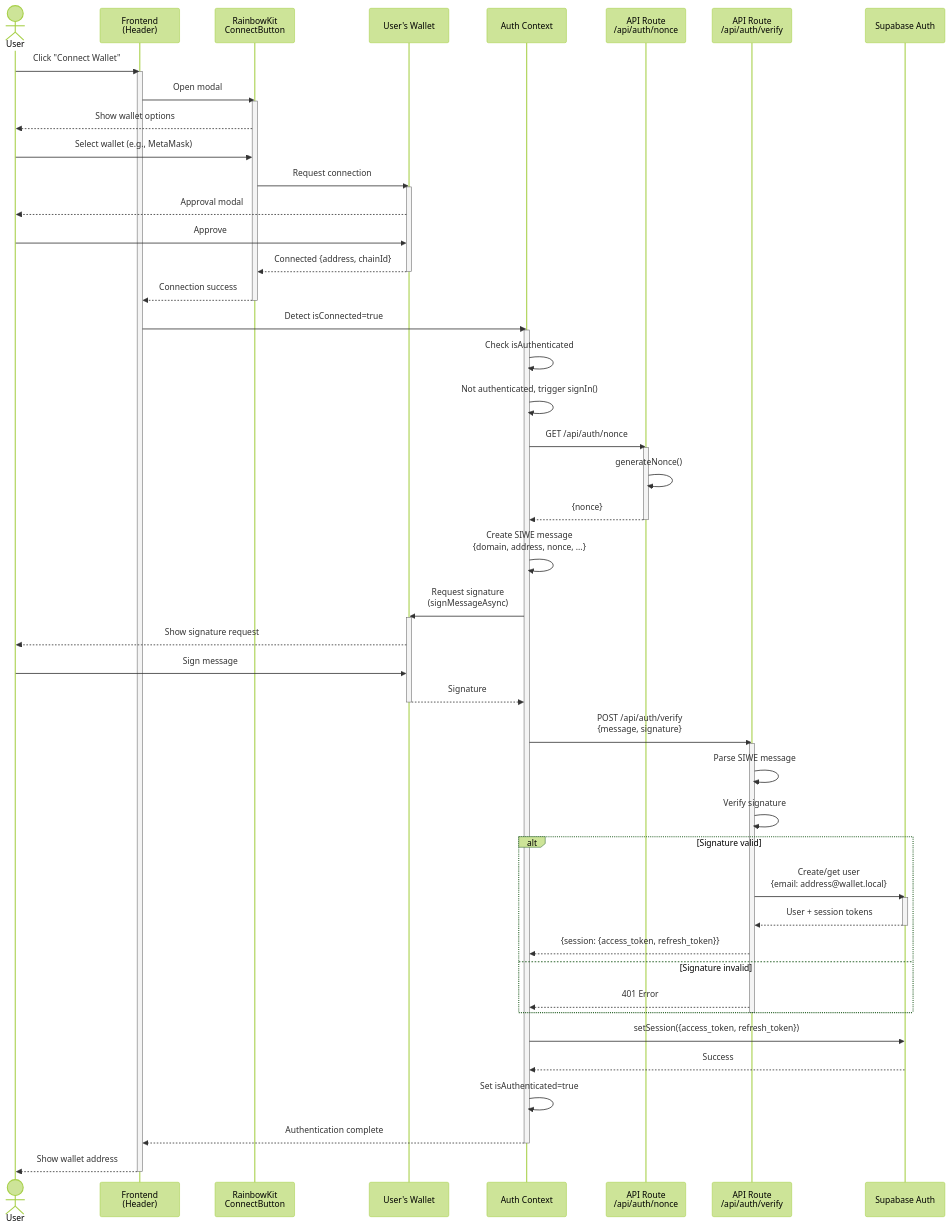
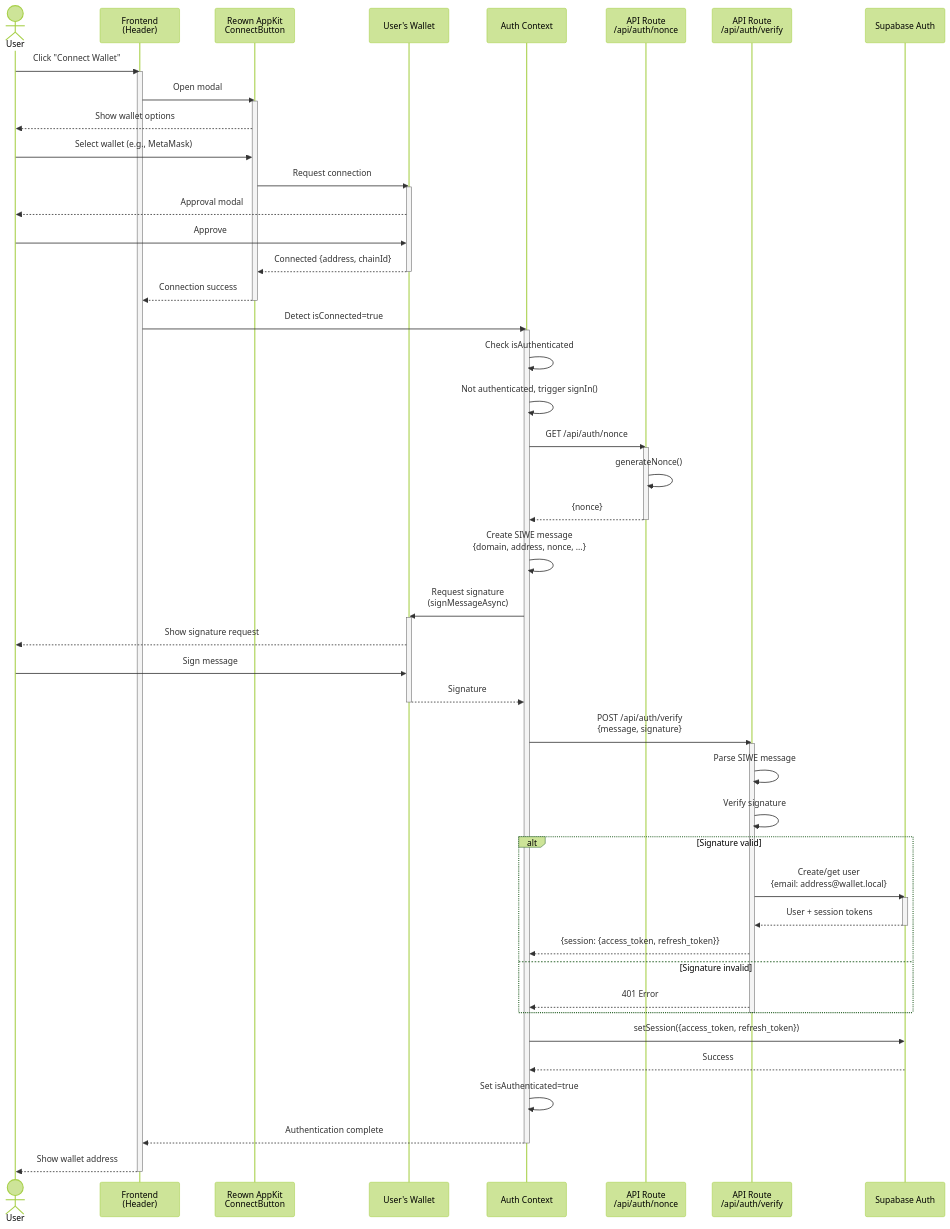
The fourth of 6 diagrams in architecture/data-flow.md (loscolmebrothers/forever-message-docs), drawn with Mermaid (forest theme) before and after one commit. The commit also changed 4 other files, not shown here.

````diff
--- a/architecture/data-flow.md
+++ b/architecture/data-flow.md
@@ -281,74 +281,74 @@
 ```mermaid
 sequenceDiagram
     actor User
     participant UI as Frontend<br/>(Header)
-    participant RainbowKit as RainbowKit<br/>ConnectButton
+    participant Reown as Reown AppKit<br/>ConnectButton
     participant Wallet as User's Wallet
     participant AuthCtx as Auth Context
     participant NonceAPI as API Route<br/>/api/auth/nonce
     participant VerifyAPI as API Route<br/>/api/auth/verify
     participant Supabase as Supabase Auth
 
     User->>UI: Click "Connect Wallet"
 
     activate UI
-    UI->>RainbowKit: Open modal
-    activate RainbowKit
-    RainbowKit-->>User: Show wallet options
-    User->>RainbowKit: Select wallet (e.g., MetaMask)
-    RainbowKit->>Wallet: Request connection
+    UI->>Reown: Open modal
+    activate Reown
+    Reown-->>User: Show wallet options
+    User->>Reown: Select wallet (e.g., MetaMask)
+    Reown->>Wallet: Request connection
     activate Wallet
     Wallet-->>User: Approval modal
     User->>Wallet: Approve
-    Wallet-->>RainbowKit: Connected {address, chainId}
+    Wallet-->>Reown: Connected {address, chainId}
     deactivate Wallet
-    RainbowKit-->>UI: Connection success
-    deactivate RainbowKit
+    Reown-->>UI: Connection success
+    deactivate Reown
 
     UI->>AuthCtx: Detect isConnected=true
     activate AuthCtx
     AuthCtx->>AuthCtx: Check isAuthenticated
     AuthCtx->>AuthCtx: Not authenticated, trigger signIn()
 
     AuthCtx->>NonceAPI: GET /api/auth/nonce
     activate NonceAPI
     NonceAPI->>NonceAPI: generateNonce()
     NonceAPI-->>AuthCtx: {nonce}
     deactivate NonceAPI
 
     AuthCtx->>AuthCtx: Create SIWE message<br/>{domain, address, nonce, ...}
 
     AuthCtx->>Wallet: Request signature<br/>(signMessageAsync)
     activate Wallet
     Wallet-->>User: Show signature request
     User->>Wallet: Sign message
     Wallet-->>AuthCtx: Signature
     deactivate Wallet
 
     AuthCtx->>VerifyAPI: POST /api/auth/verify<br/>{message, signature}
     activate VerifyAPI
     VerifyAPI->>VerifyAPI: Parse SIWE message
     VerifyAPI->>VerifyAPI: Verify signature
 
     alt Signature valid
         VerifyAPI->>Supabase: Create/get user<br/>{email: address@wallet.local}
         activate Supabase
         Supabase-->>VerifyAPI: User + session tokens
         deactivate Supabase
 
         VerifyAPI-->>AuthCtx: {session: {access_token, refresh_token}}
     else Signature invalid
         VerifyAPI-->>AuthCtx: 401 Error
     end
     deactivate VerifyAPI
 
     AuthCtx->>Supabase: setSession({access_token, refresh_token})
     Supabase-->>AuthCtx: Success
 
     AuthCtx->>AuthCtx: Set isAuthenticated=true
     AuthCtx-->>UI: Authentication complete
     deactivate AuthCtx
 
     UI-->>User: Show wallet address
     deactivate UI
 ```
````
